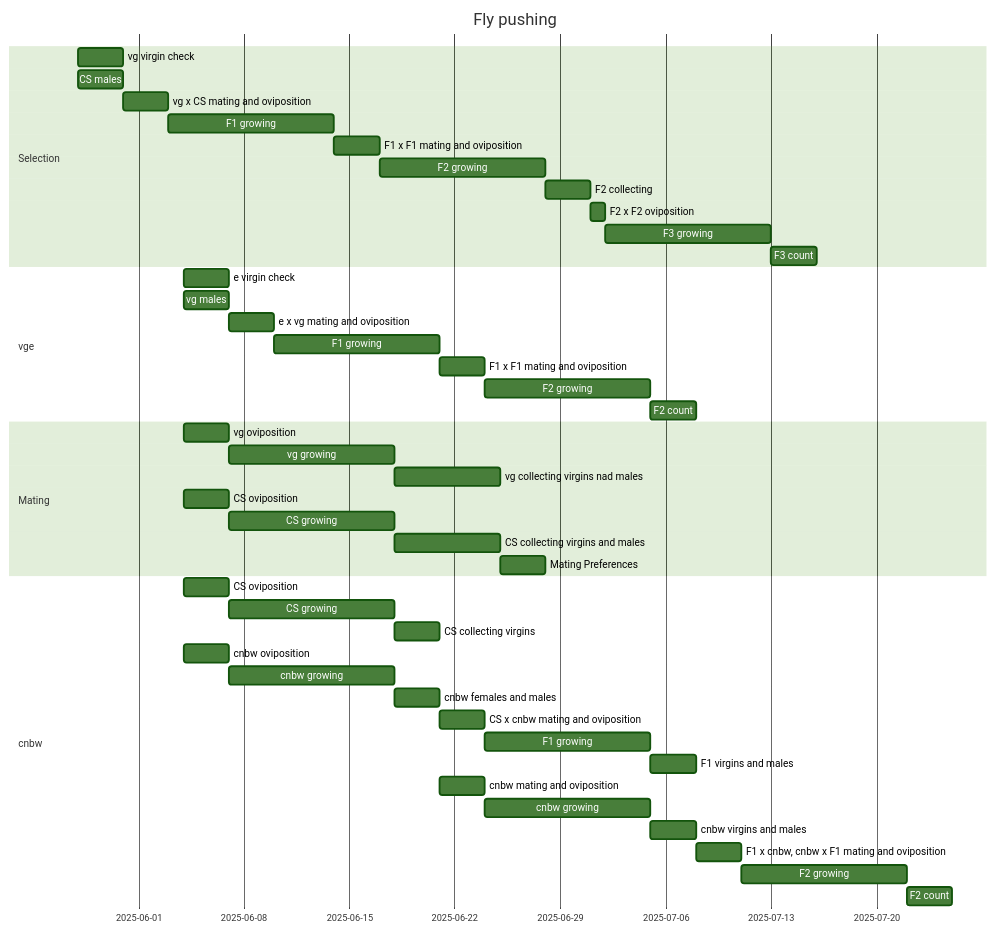
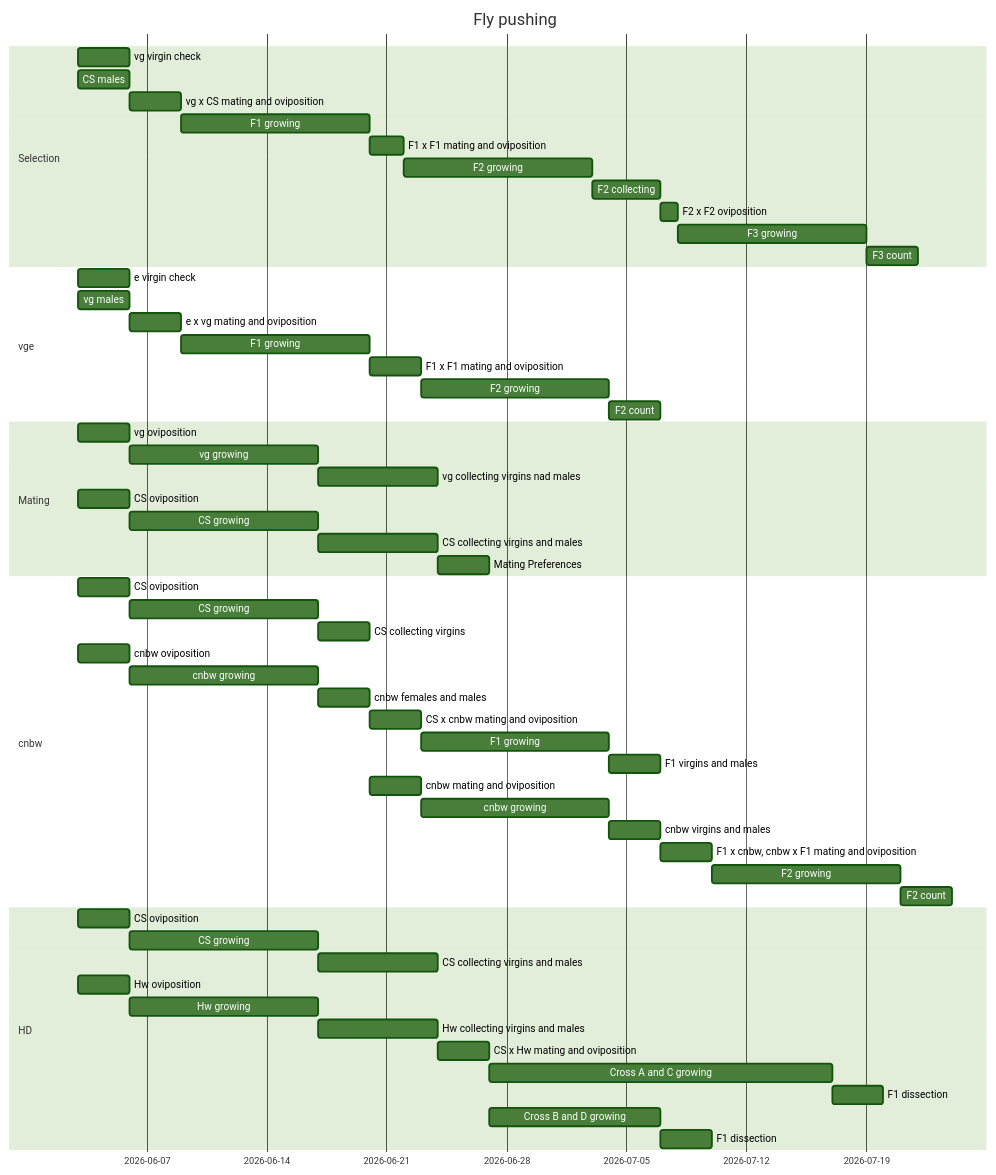
The diagram in text/Gantt.qmd (kiyohitoyoshida/Genetics), drawn with Mermaid (forest theme) before and after one commit.

Commit message:
2026 schedule

````diff
--- a/text/Gantt.qmd
+++ b/text/Gantt.qmd
@@ -9,48 +9,60 @@
 ```{mermaid}
 gantt
     title Fly pushing
     dateFormat YYYY-MM-DD
     section Selection
-        vg virgin check :a1, 2025-05-28, 3d
-		CS males :2025-05-28, 3d
+        vg virgin check :a1, 2026-06-03, 3d
+		CS males :2026-06-03, 3d
         vg x CS mating and oviposition  :3d
 		F1 growing :11d
-		F1 x F1 mating and oviposition  :3d
+		F1 x F1 mating and oviposition  :2d
 		F2 growing :11d
-		F2 collecting  :3d
+		F2 collecting  :4d
 		F2 x F2 oviposition :1d 
 		F3 growing :11d
 		F3 count :3d
     section vge
-        e virgin check :2025-06-04, 3d
-        vg males    :2025-06-04, 3d
+        e virgin check :2026-06-03, 3d
+        vg males    :2026-06-03, 3d
 		e x vg mating and oviposition :3d
 		F1 growing :11d
 		F1 x F1 mating and oviposition  :3d
 		F2 growing :11d
 		F2 count  :3d
 	section Mating
-		vg oviposition :2025-06-04, 3d
+		vg oviposition :2026-06-03, 3d
 		vg growing :11d
 		vg collecting virgins nad males :7d
-		CS oviposition :2025-06-04, 3d
+		CS oviposition :2026-06-03, 3d
 		CS growing :11d
 		CS collecting virgins and males :7d
 		Mating Preferences :3d
 	section cnbw
-		CS oviposition :cs1, 2025-06-04, 3d
+		CS oviposition :cs1, 2026-06-03, 3d
 		CS growing :11d
 		CS collecting virgins :3d
-		cnbw oviposition :cnbw1, 2025-06-04, 3d
+		cnbw oviposition :cnbw1, 2026-06-03, 3d
 		cnbw growing :cnbw2, after cnbw1, 11d
 		cnbw females and males :cnbw3, after cnbw2, 3d
 		CS x cnbw mating and oviposition :3d
 		F1 growing :11d
 		F1 virgins and males :3d
 		cnbw mating and oviposition :after cnbw3, 3d
 		cnbw growing :11d
 		cnbw virgins and males :3d
 		F1 x cnbw, cnbw x F1 mating and oviposition :3d
 		F2 growing :11d
 		F2 count :3d
+	section HD
+		CS oviposition :2026-06-03, 3d
+		CS growing : 11d
+		CS collecting virgins and males :7d
+		Hw oviposition :hw1, 2026-06-03, 3d
+		Hw growing :hw2, after hw1, 11d
+		Hw collecting virgins and males :hw3, after hw2, 7d
+		CS x Hw mating and oviposition :cshw, after hw3, 3d
+		Cross A and C growing:cshwac, after cshw, 20d
+		F1 dissection :after cshwac, 3d
+		Cross B and D growing:cshwbd, after cshw, 10d
+		F1 dissection :after cshwbd, 3d
 ```
````
